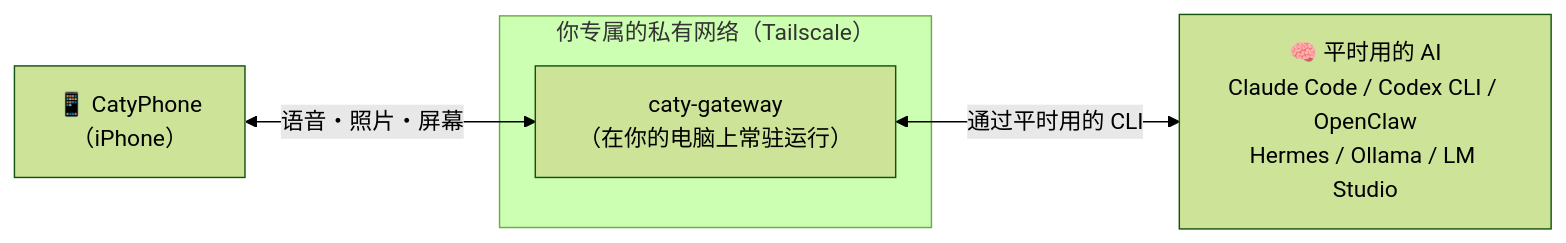
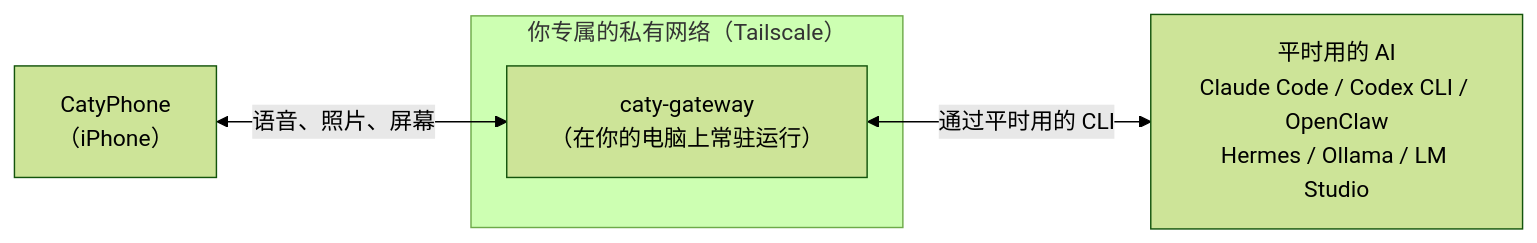
The diagram in README.zh.md (caty-ai/caty-gateway), drawn with Mermaid (forest theme) before and after one commit. The commit also changed other lines of this file and 8 other files, not shown here.

````diff
--- a/README.zh.md
+++ b/README.zh.md
@@ -52,10 +52,10 @@
 ```mermaid
 flowchart LR
-    phone["📱 CatyPhone<br/>（iPhone）"]
+    phone["CatyPhone<br/>（iPhone）"]
     subgraph tailnet["你专属的私有网络（Tailscale）"]
         gw["caty-gateway<br/>（在你的电脑上常驻运行）"]
     end
-    ai["🧠 平时用的 AI<br/>Claude Code / Codex CLI / OpenClaw<br/>Hermes / Ollama / LM Studio"]
-    phone <-- "语音・照片・屏幕" --> gw
+    ai["平时用的 AI<br/>Claude Code / Codex CLI / OpenClaw<br/>Hermes / Ollama / LM Studio"]
+    phone <-- "语音、照片、屏幕" --> gw
     gw <-- "通过平时用的 CLI" --> ai
 ```
````
